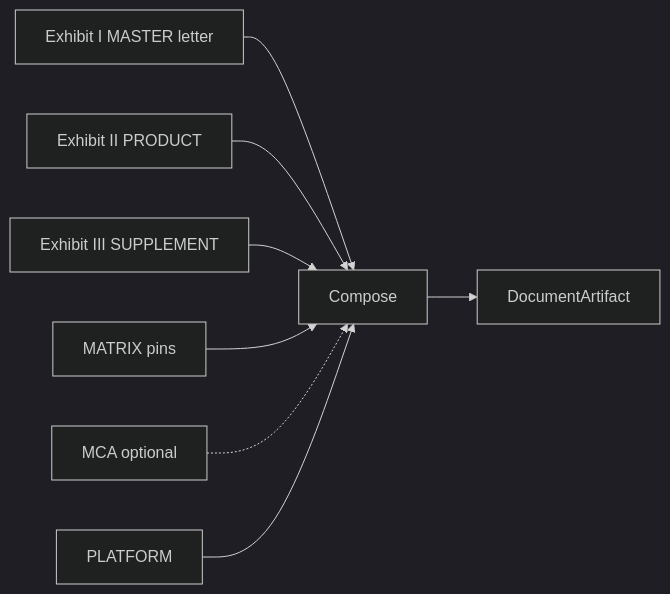
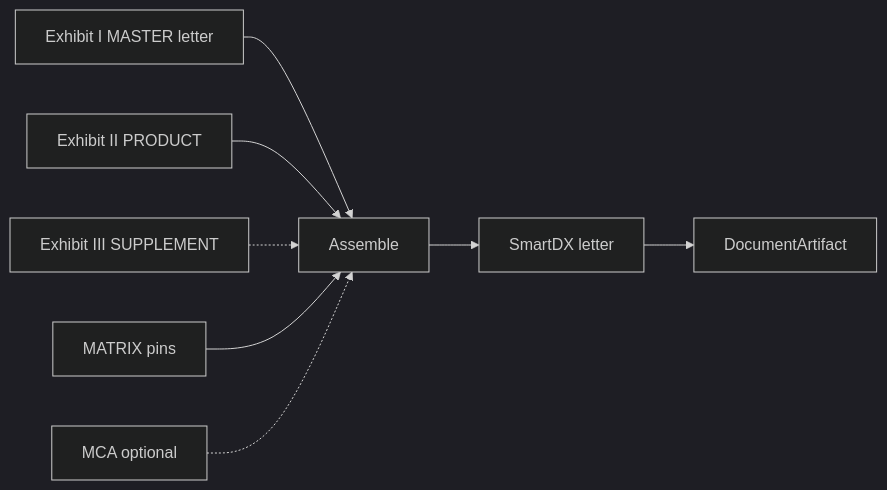
Before and after one commit to dae-nan/con4m8ions: the second of 15 diagrams in docs/prd-cdu-ps-v1.md, drawn with Mermaid (dark theme). The commit also changed other lines of this file and 6 other files, not shown here.

First line of the commit message:
PRD v1.3: target arch, DDD, timeline, TemplatePackage LDM

````diff
--- a/docs/prd-cdu-ps-v1.md
+++ b/docs/prd-cdu-ps-v1.md
@@ -170,10 +180,10 @@
 ```mermaid
 flowchart LR
-  I[Exhibit I MASTER letter] --> COMP[Compose]
+  I[Exhibit I MASTER letter] --> COMP[Assemble]
   II[Exhibit II PRODUCT] --> COMP
-  III[Exhibit III SUPPLEMENT] --> COMP
+  III[Exhibit III SUPPLEMENT] -.-> COMP
   MX[MATRIX pins] --> COMP
   MCA[MCA optional] -.-> COMP
-  PL[PLATFORM] --> COMP
-  COMP --> DOC[DocumentArtifact]
+  COMP --> SDX[SmartDX letter]
+  SDX --> DOC[DocumentArtifact]
 ```
````
